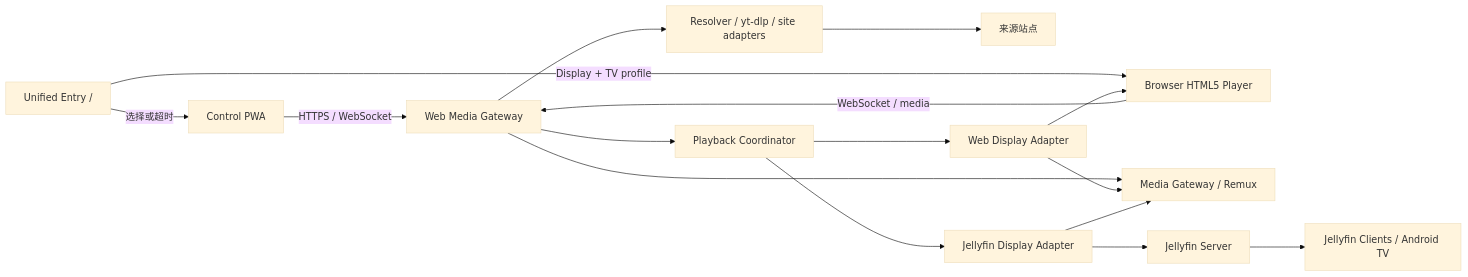
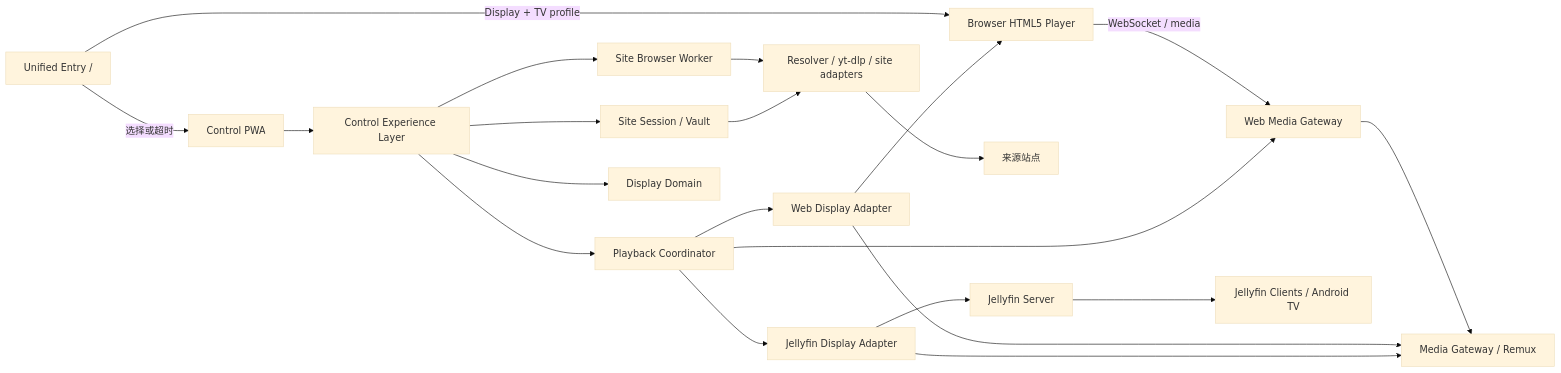
One commit to liqiangcc/jellyfin-web-media-gateway changed the first of 5 diagrams in docs/architecture.md. Above: the diagram before and after it, drawn with Mermaid (base theme). The commit also changed other lines of this file and 4 other files, not shown here.

Commit message:
complete-unified-control-experience-docs

````diff
--- a/docs/architecture.md
+++ b/docs/architecture.md
@@ -16,18 +18,23 @@
 ```mermaid
 flowchart LR
     E[Unified Entry /] -->|选择或超时| C[Control PWA]
     E -->|Display + TV profile| B[Browser HTML5 Player]
-    C -->|HTTPS / WebSocket| G[Web Media Gateway]
-    B -->|WebSocket / media| G
-    G --> PC[Playback Coordinator]
-    G --> R[Resolver / yt-dlp / site adapters]
+    C --> CEL[Control Experience Layer]
+    CEL --> PC[Playback Coordinator]
+    CEL --> SB[Site Browser Worker]
+    CEL --> SS[Site Session / Vault]
+    CEL --> DA[Display Domain]
+    B -->|WebSocket / media| G[Web Media Gateway]
+    PC --> G
+    SB --> R[Resolver / yt-dlp / site adapters]
     R --> O[来源站点]
+    SS --> R
     G --> MG[Media Gateway / Remux]
     PC --> WD[Web Display Adapter]
     WD --> B
     PC --> JD[Jellyfin Display Adapter]
     JD --> J[Jellyfin Server]
     J --> T[Jellyfin Clients / Android TV]
     WD --> MG
     JD --> MG
 ```
````
